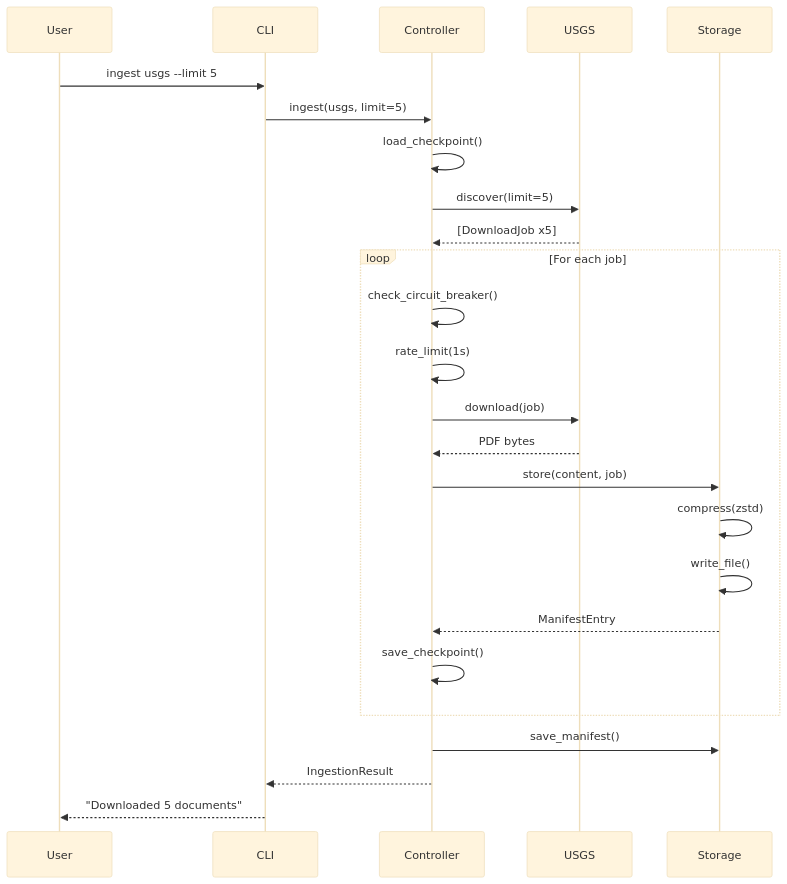
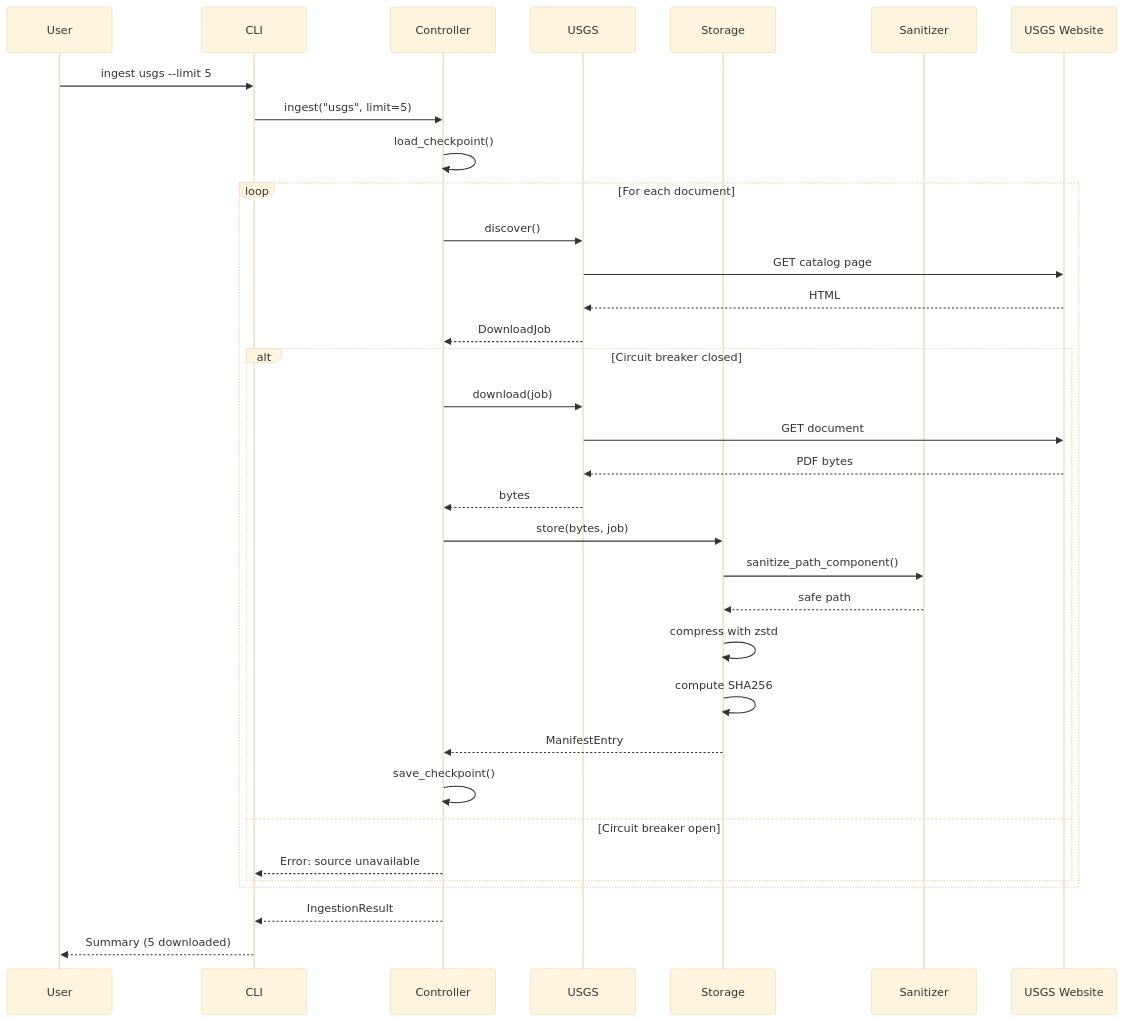
One commit to martymcenroe/RCA-PDF-extraction-pipeline changed the second of 2 diagrams in docs/lineage/active/23-lld/002-draft.md. Above: the diagram before and after it, drawn with Mermaid (base theme). The commit also changed other lines of this file and 13 other files, not shown here.

````diff
--- a/docs/lineage/active/23-lld/002-draft.md
+++ b/docs/lineage/active/23-lld/002-draft.md
@@ -479,30 +530,42 @@
 ```mermaid
 sequenceDiagram
     participant User
     participant CLI
     participant Controller
     participant USGS
     participant Storage
+    participant Sanitizer
+    participant Web as USGS Website
 
     User->>CLI: ingest usgs --limit 5
-    CLI->>Controller: ingest(usgs, limit=5)
+    CLI->>Controller: ingest("usgs", limit=5)
     Controller->>Controller: load_checkpoint()
-    Controller->>USGS: discover(limit=5)
-    USGS-->>Controller: [DownloadJob x5]
     
-    loop For each job
-        Controller->>Controller: check_circuit_breaker()
-        Controller->>Controller: rate_limit(1s)
-        Controller->>USGS: download(job)
-        USGS-->>Controller: PDF bytes
-        Controller->>Storage: store(content, job)
-        Storage->>Storage: compress(zstd)
-        Storage->>Storage: write_file()
-        Storage-->>Controller: ManifestEntry
-        Controller->>Controller: save_checkpoint()
+    loop For each document
+        Controller->>USGS: discover()
+        USGS->>Web: GET catalog page
+        Web-->>USGS: HTML
+        USGS-->>Controller: DownloadJob
+        
+        alt Circuit breaker closed
+            Controller->>USGS: download(job)
+            USGS->>Web: GET document
+            Web-->>USGS: PDF bytes
+            USGS-->>Controller: bytes
+            
+            Controller->>Storage: store(bytes, job)
+            Storage->>Sanitizer: sanitize_path_component()
+            Sanitizer-->>Storage: safe path
+            Storage->>Storage: compress with zstd
+            Storage->>Storage: compute SHA256
+            Storage-->>Controller: ManifestEntry
+            
+            Controller->>Controller: save_checkpoint()
+        else Circuit breaker open
+            Controller-->>CLI: Error: source unavailable
+        end
     end
     
-    Controller->>Storage: save_manifest()
     Controller-->>CLI: IngestionResult
-    CLI-->>User: "Downloaded 5 documents"
+    CLI-->>User: Summary (5 downloaded)
 ```
````
